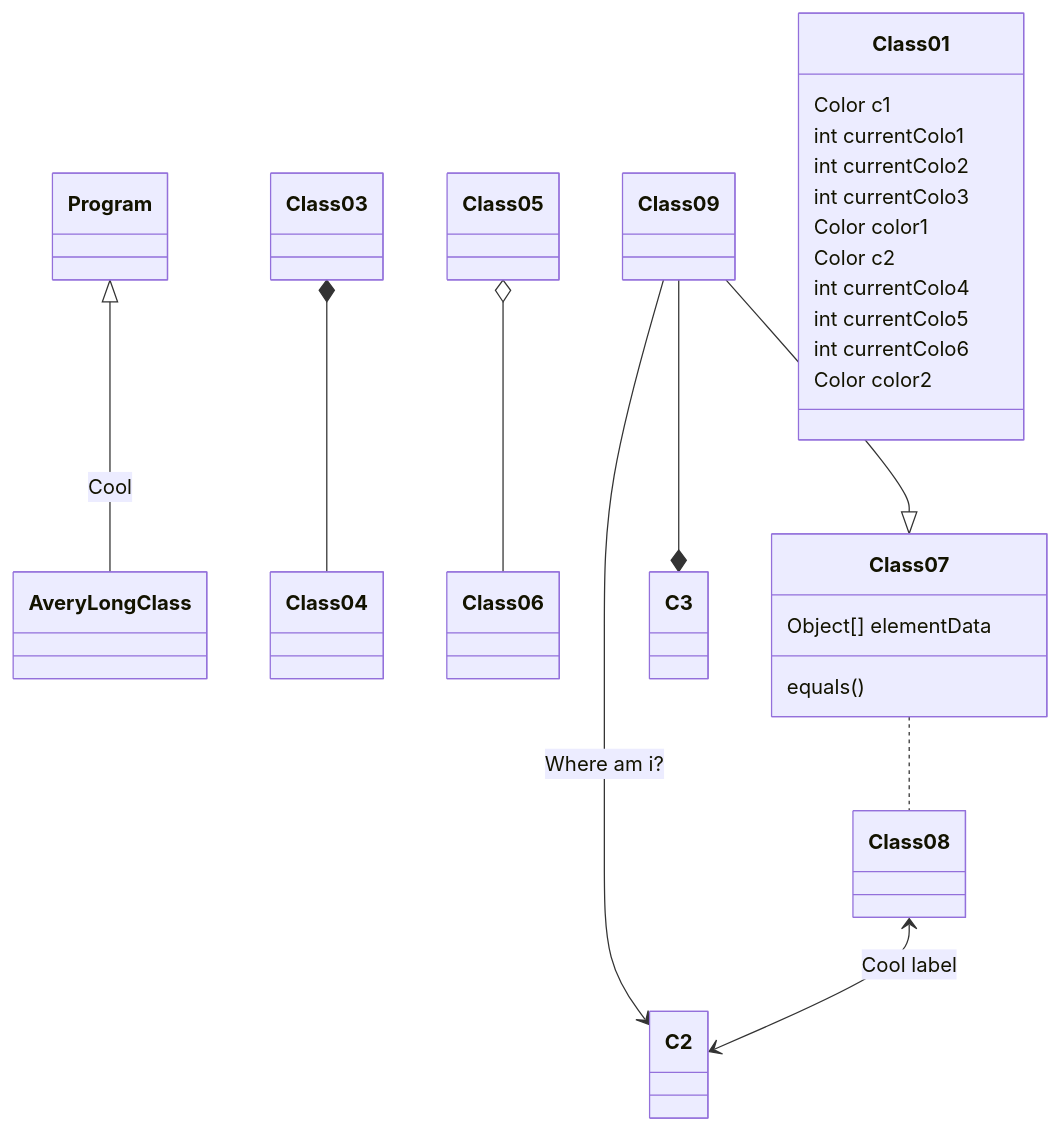
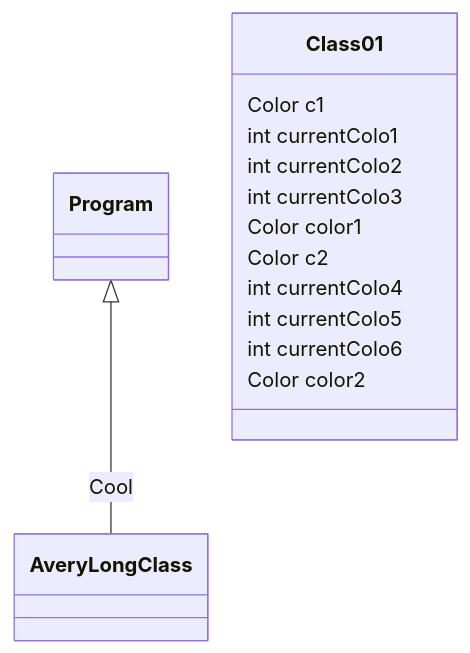
The diagram in README.md (FabioRibeiro404/LP1Semana06), drawn with Mermaid before and after one commit.

````diff
--- a/README.md
+++ b/README.md
@@ -3,25 +3,18 @@
 ```mermaid
  classDiagram
 Program <|-- AveryLongClass : Cool
-Class03 *-- Class04
-Class05 o-- Class06
-Class07 .. Class08
-Class09 --> C2 : Where am i?
-Class09 --* C3
-Class09 --|> Class07
-Class07 : equals()
-Class07 : Object[] elementData
+
 Class01 : Color c1
 Class01 : int currentColo1
 Class01 : int currentColo2
 Class01 : int currentColo3
 Class01 : Color color1
 Class01 : Color c2
 Class01 : int currentColo4
 Class01 : int currentColo5
 Class01 : int currentColo6
 Class01 : Color color2
-Class08 <--> C2: Cool label
+
 
 
 ```
````
